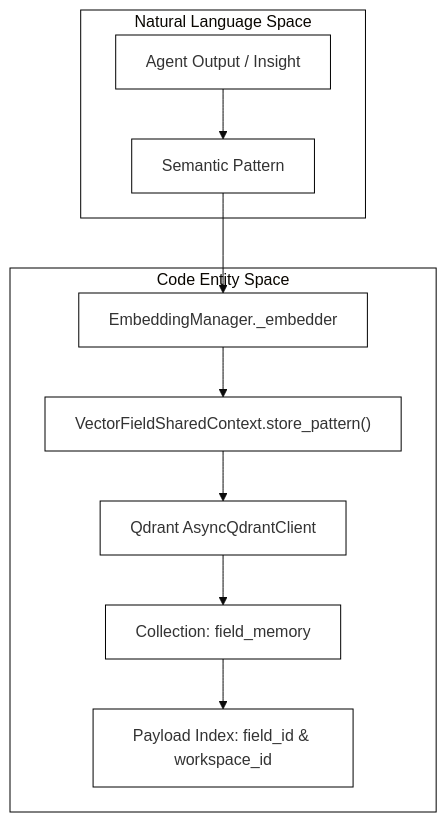
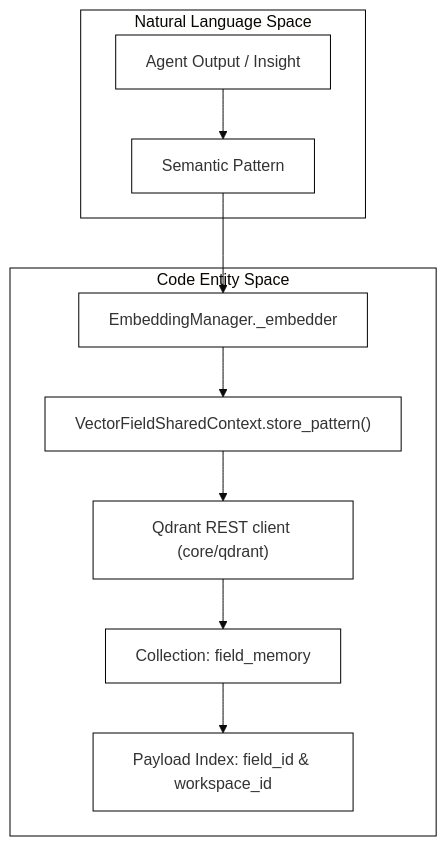
The first of 2 diagrams in docs/memory-system/shared-field-memory-vector-field.md (AutomatosAI/automatos-ai), drawn with Mermaid (base theme) before and after one commit. The commit also changed 25 other files, not shown here.

First line of the commit message:
perf(prd-262): reach Qdrant over its REST API on httpx; qdrant-client leaves the image

````diff
--- a/docs/memory-system/shared-field-memory-vector-field.md
+++ b/docs/memory-system/shared-field-memory-vector-field.md
@@ -62,17 +62,17 @@
 ```mermaid
 graph TD
     subgraph NaturalLanguageSpace ["Natural Language Space"]
         A["Agent Output / Insight"] --> B["Semantic Pattern"]
     end
 
     subgraph CodeEntitySpace ["Code Entity Space"]
         B --> C["EmbeddingManager._embedder"]
         C --> D["VectorFieldSharedContext.store_pattern()"]
-        D --> E["Qdrant AsyncQdrantClient"]
+        D --> E["Qdrant REST client (core/qdrant)"]
         E --> F["Collection: field_memory"]
         F --> G["Payload Index: field_id & workspace_id"]
     end
 
     classDef default fill:#fff,stroke:#000,stroke-width:1px;
     class NaturalLanguageSpace,CodeEntitySpace default;
 ```
````
